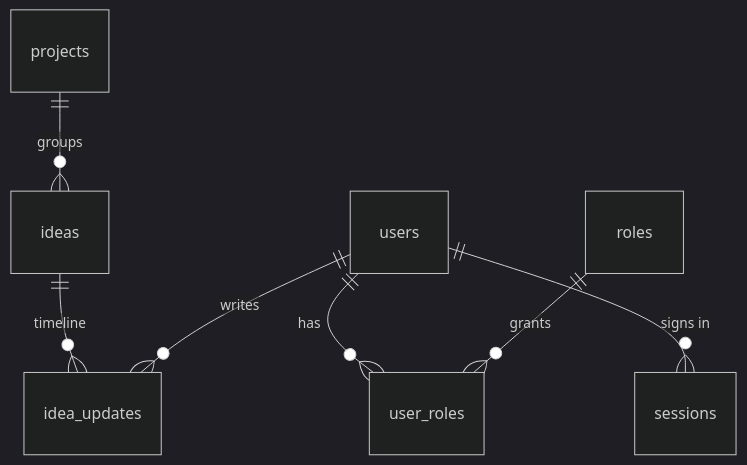
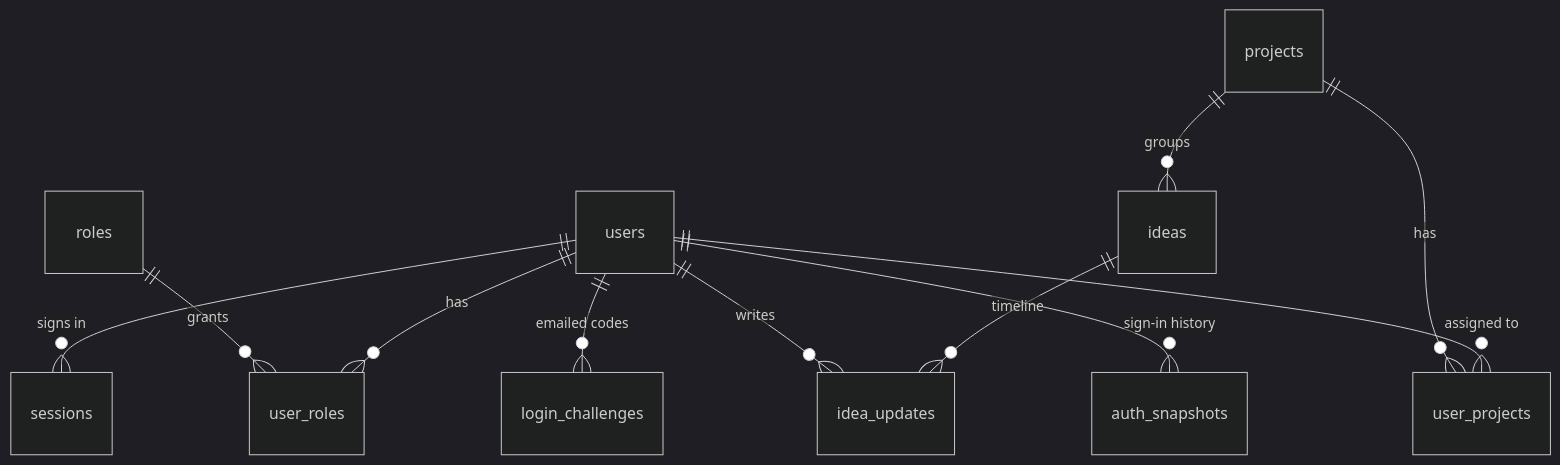
Before and after one commit to lorikr6-cell/devquake: the diagram in db/README.md, drawn with Mermaid (dark theme). The commit also changed other lines of this file and 84 other files, not shown here.

````diff
--- a/db/README.md
+++ b/db/README.md
@@ -25,9 +28,13 @@
 ```mermaid
 erDiagram
   users ||--o{ user_roles : has
   roles ||--o{ user_roles : grants
   users ||--o{ sessions : "signs in"
   projects ||--o{ ideas : groups
   ideas ||--o{ idea_updates : "timeline"
   users ||--o{ idea_updates : writes
+  users ||--o{ user_projects : "assigned to"
+  projects ||--o{ user_projects : has
+  users ||--o{ login_challenges : "emailed codes"
+  users ||--o{ auth_snapshots : "sign-in history"
 ```
````
